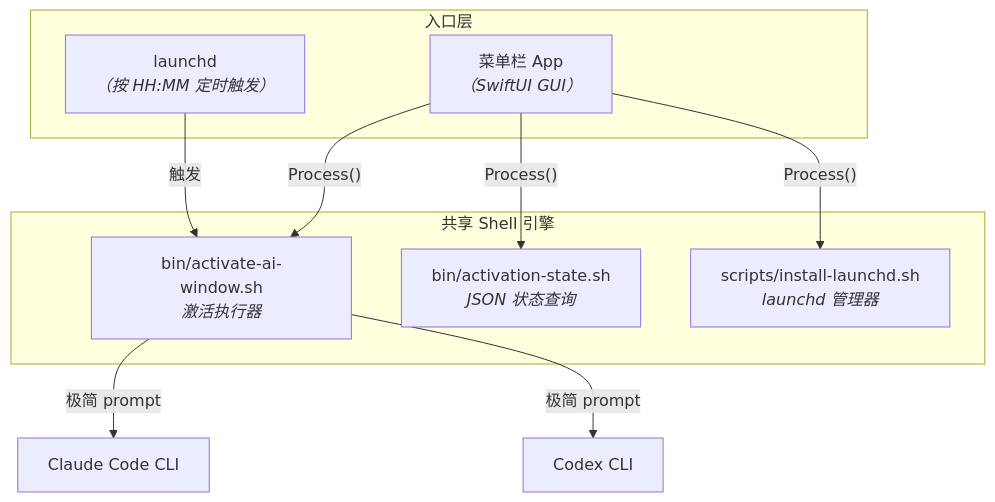
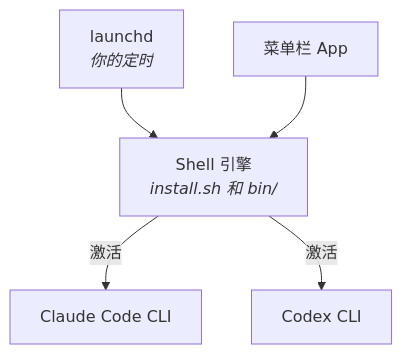
One commit to hakupao/stoker changed the diagram in README_CN.md. Above: the diagram before and after it, drawn with Mermaid. The commit also changed other lines of this file and 28 other files, not shown here.

````diff
--- a/README_CN.md
+++ b/README_CN.md
@@ -448,23 +215,13 @@
 ```mermaid
 flowchart TB
-    subgraph entry["入口层"]
-        L["launchd<br/><i>（按 HH:MM 定时触发）</i>"]
-        A["菜单栏 App<br/><i>（SwiftUI GUI）</i>"]
-    end
-
-    subgraph engine["共享 Shell 引擎"]
-        R["bin/activate-ai-window.sh<br/><i>激活执行器</i>"]
-        S["bin/activation-state.sh<br/><i>JSON 状态查询</i>"]
-        I["scripts/install-launchd.sh<br/><i>launchd 管理器</i>"]
-    end
-
+    L["launchd<br/><i>你的定时</i>"]
+    A["菜单栏 App"]
+    E["Shell 引擎<br/><i>install.sh 和 bin/</i>"]
     C["Claude Code CLI"]
     X["Codex CLI"]
 
-    L -- "触发" --> R
-    A -- "Process()" --> R
-    A -- "Process()" --> S
-    A -- "Process()" --> I
-    R -- "极简 prompt" --> C
-    R -- "极简 prompt" --> X
+    L --> E
+    A --> E
+    E -- "激活" --> C
+    E -- "激活" --> X
 ```
````
